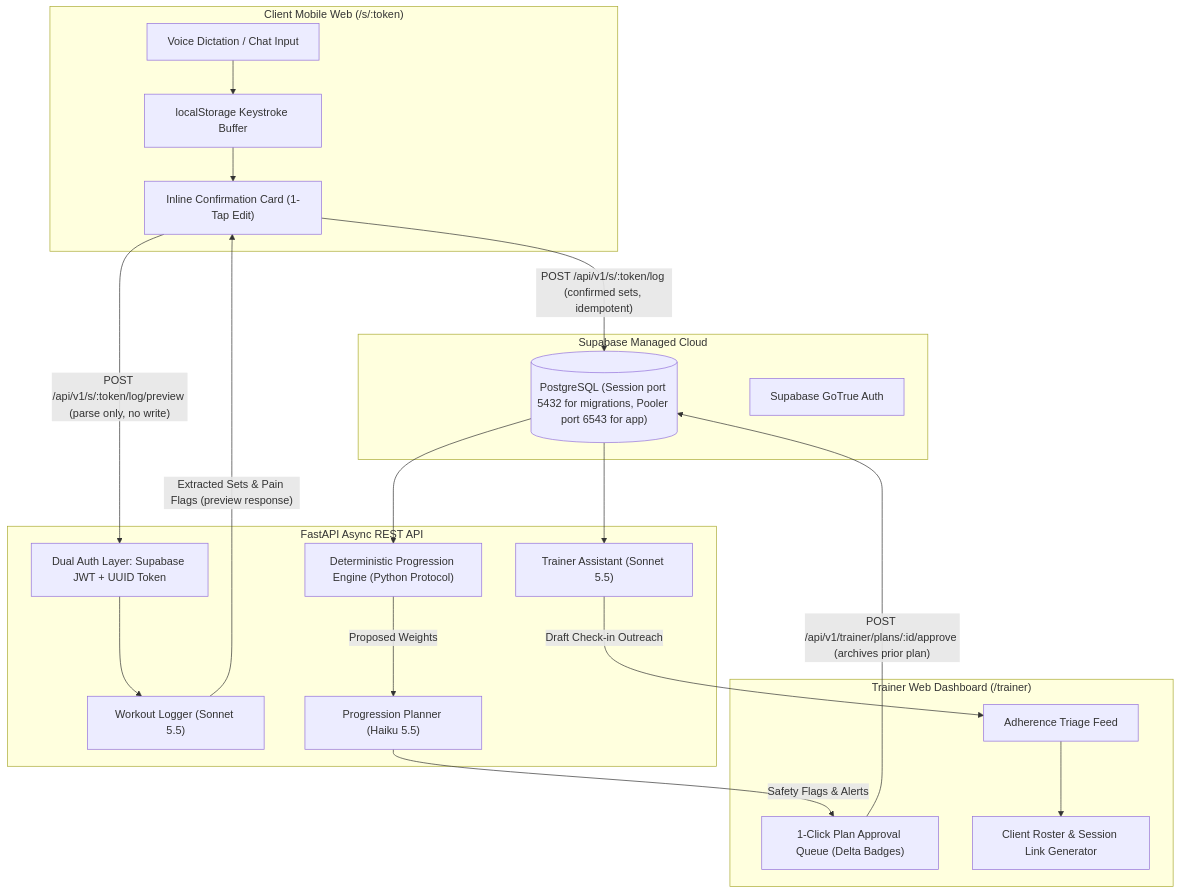
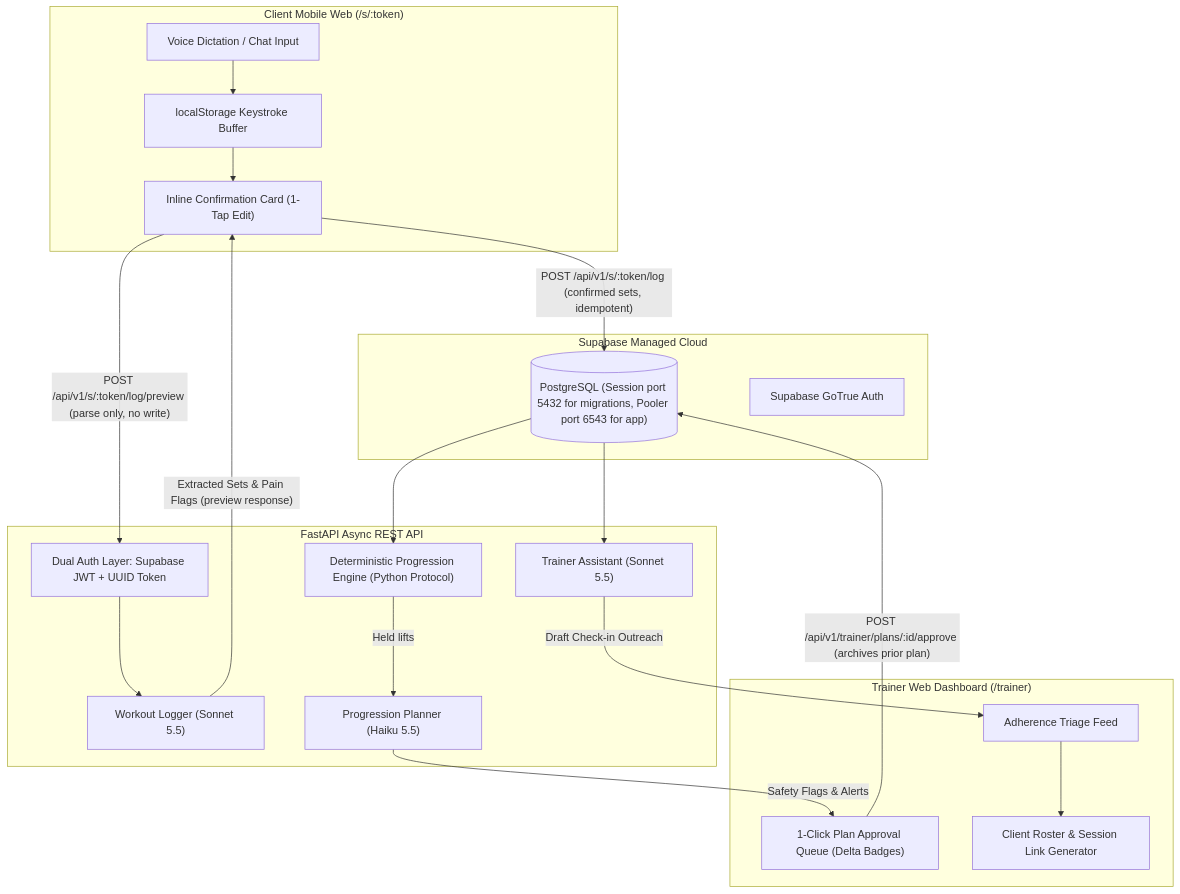
The first of 2 diagrams in documents/09-implementation-plan.md (justin-day-pursuit/trainer-agent-app), drawn with Mermaid before and after one commit. The commit also changed other lines of this file and 5 other files, not shown here.

````diff
--- a/documents/09-implementation-plan.md
+++ b/documents/09-implementation-plan.md
@@ -42,38 +42,38 @@
 ```mermaid
 flowchart TD
     subgraph ClientMobile ["Client Mobile Web (/s/:token)"]
         A["Voice Dictation / Chat Input"] --> B["localStorage Keystroke Buffer"]
         B --> C["Inline Confirmation Card (1-Tap Edit)"]
     end
 
     subgraph BackendAPI ["FastAPI Async REST API"]
         D["Dual Auth Layer: Supabase JWT + UUID Token"]
         E["Workout Logger (Sonnet 5.5)"]
         F["Deterministic Progression Engine (Python Protocol)"]
         G["Progression Planner (Haiku 5.5)"]
         H["Trainer Assistant (Sonnet 5.5)"]
     end
 
     subgraph DataStore ["Supabase Managed Cloud"]
         I[("PostgreSQL (Session port 5432 for migrations, Pooler port 6543 for app)")]
         J["Supabase GoTrue Auth"]
     end
 
     subgraph TrainerPortal ["Trainer Web Dashboard (/trainer)"]
         K["Adherence Triage Feed"]
         L["1-Click Plan Approval Queue (Delta Badges)"]
         M["Client Roster & Session Link Generator"]
     end
 
     C -->|"POST /api/v1/s/:token/log/preview (parse only, no write)"| D
     D --> E
     E -->|"Extracted Sets & Pain Flags (preview response)"| C
     C -->|"POST /api/v1/s/:token/log (confirmed sets, idempotent)"| I
     I --> F
-    F -->|Proposed Weights| G
+    F -->|Held lifts| G
     G -->|Safety Flags & Alerts| L
     L -->|"POST /api/v1/trainer/plans/:id/approve (archives prior plan)"| I
     I --> H
     H -->|Draft Check-in Outreach| K
     K --> M
 ```
````
